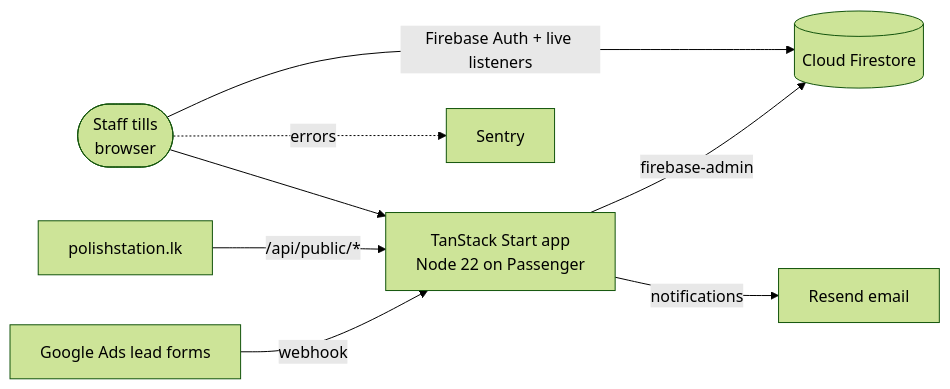
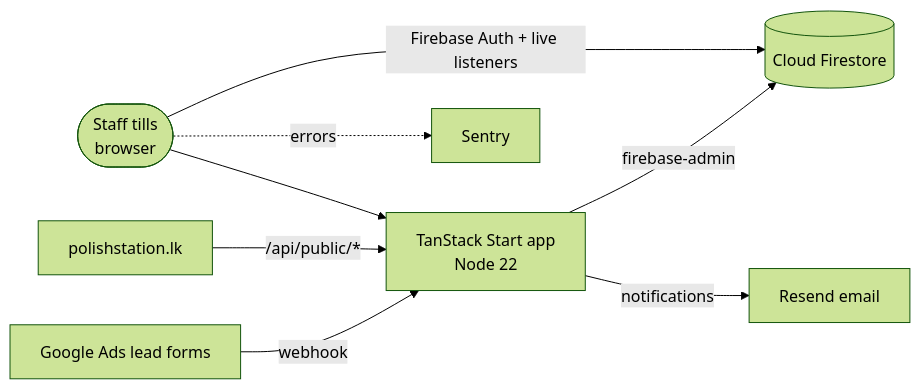
The first of 2 diagrams in README.md (saadmaz/Polish-Station-OS), drawn with Mermaid (forest theme) before and after one commit. The commit also changed other lines of this file and 28 other files, not shown here.

````diff
--- a/README.md
+++ b/README.md
@@ -90,10 +90,10 @@
 ```mermaid
 flowchart LR
   Tills(["Staff tills<br/>browser"]) -- Firebase Auth + live listeners --> Firestore[("Cloud Firestore")]
-  Tills --> App["TanStack Start app<br/>Node 22 on Passenger"]
+  Tills --> App["TanStack Start app<br/>Node 22"]
   Website["polishstation.lk"] -- "/api/public/*" --> App
   GoogleAds["Google Ads lead forms"] -- webhook --> App
   App -- firebase-admin --> Firestore
   App -- notifications --> Resend["Resend email"]
   Tills -. errors .-> Sentry["Sentry"]
 ```
````
